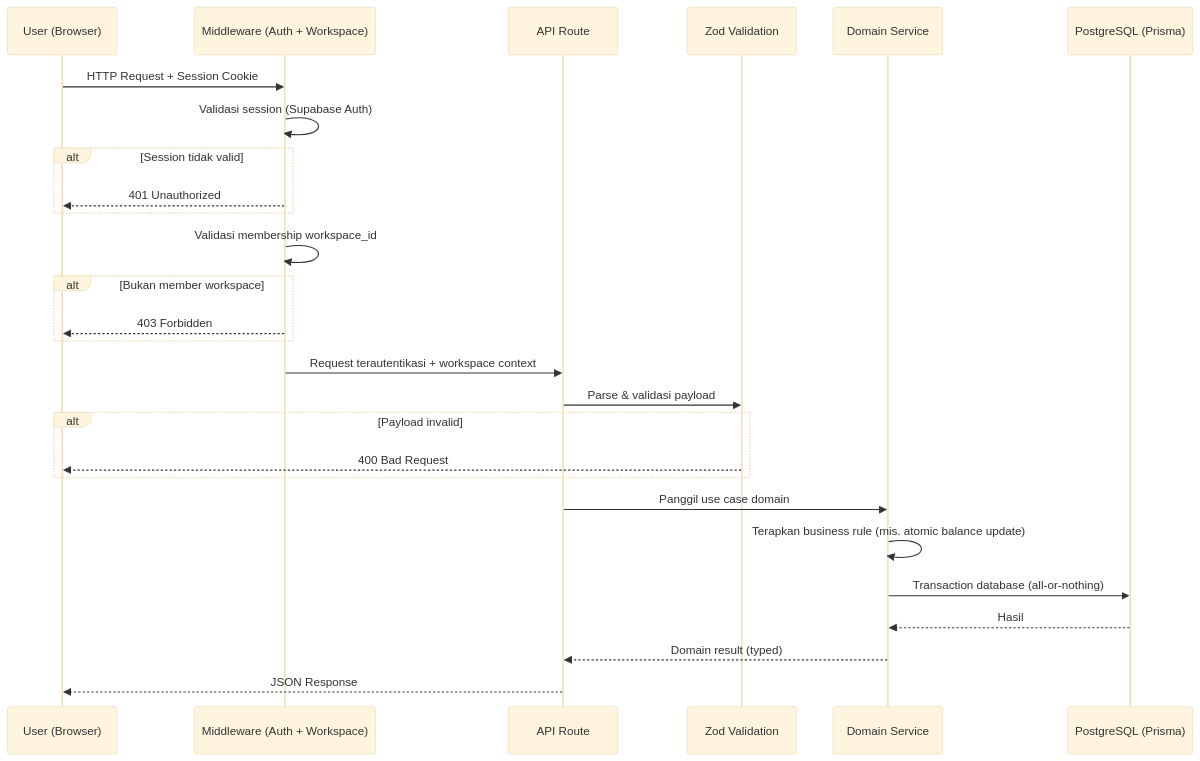
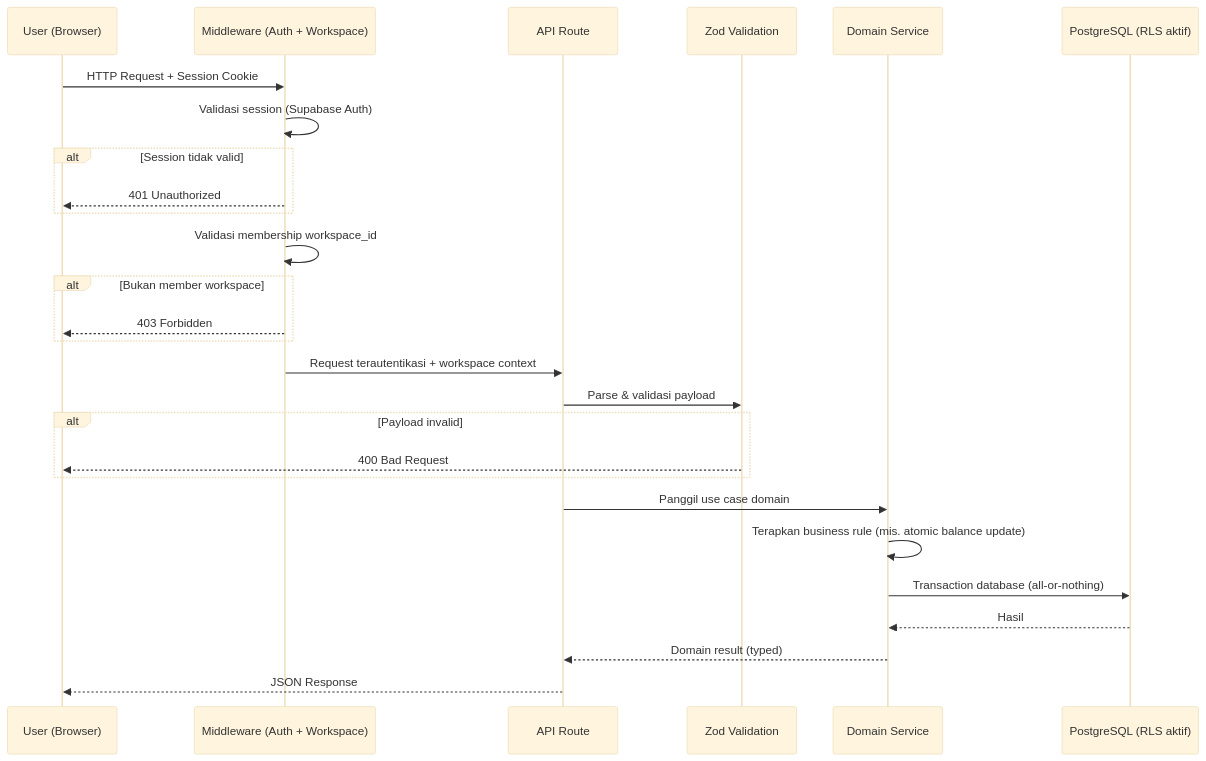
One commit to CodeByAbi/Nuxio changed the second of 7 diagrams in docs/03. Architecture Decisions.md. Above: the diagram before and after it, drawn with Mermaid (base theme). The commit also changed other lines of this file and 14 other files, not shown here.

Commit message:
docs: update system documentation to Supabase-based architecture

````diff
--- a/docs/03. Architecture Decisions.md
+++ b/docs/03. Architecture Decisions.md
@@ -75,30 +75,30 @@
 ```mermaid
 sequenceDiagram
     participant U as User (Browser)
     participant MW as Middleware (Auth + Workspace)
     participant R as API Route
     participant Z as Zod Validation
     participant S as Domain Service
-    participant DB as PostgreSQL (Prisma)
+    participant DB as PostgreSQL (RLS aktif)
 
     U->>MW: HTTP Request + Session Cookie
     MW->>MW: Validasi session (Supabase Auth)
     alt Session tidak valid
         MW-->>U: 401 Unauthorized
     end
     MW->>MW: Validasi membership workspace_id
     alt Bukan member workspace
         MW-->>U: 403 Forbidden
     end
     MW->>R: Request terautentikasi + workspace context
     R->>Z: Parse & validasi payload
     alt Payload invalid
         Z-->>U: 400 Bad Request
     end
     R->>S: Panggil use case domain
     S->>S: Terapkan business rule (mis. atomic balance update)
     S->>DB: Transaction database (all-or-nothing)
     DB-->>S: Hasil
     S-->>R: Domain result (typed)
     R-->>U: JSON Response
 ```
````
